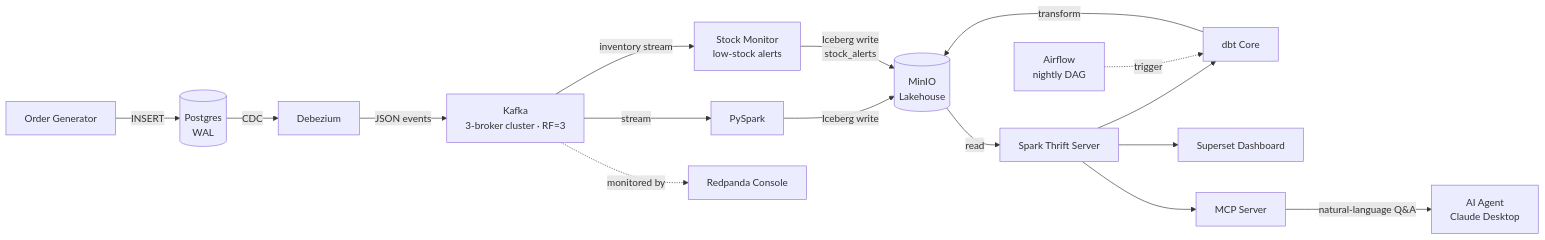
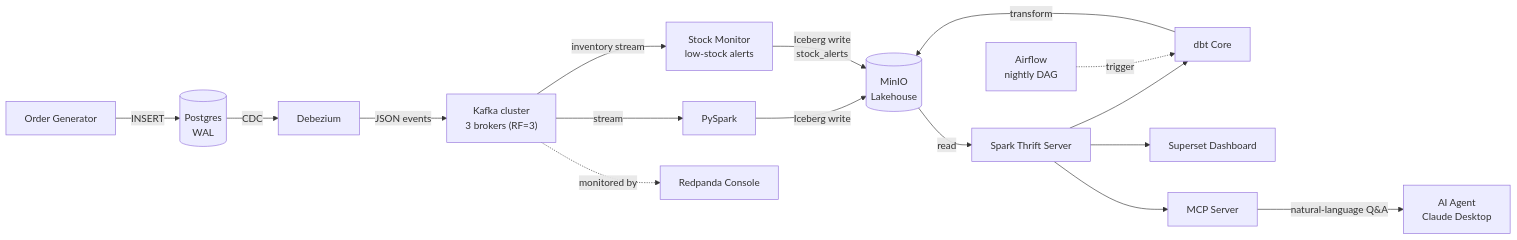
Before and after one commit to airdeniz/ecommerce-lakehouse: the first of 2 diagrams in README.md, drawn with Mermaid.

Commit message:
docs(readme): clearer Kafka cluster label in high-level diagram

````diff
--- a/README.md
+++ b/README.md
@@ -23,19 +23,19 @@
 ```mermaid
 flowchart LR
     GEN[Order Generator] -->|INSERT| PG[(Postgres<br/>WAL)]
     PG -->|CDC| DBZ[Debezium]
-    DBZ -->|JSON events| KAFKA[Kafka<br/>3-broker cluster · RF=3]
+    DBZ -->|JSON events| KAFKA["Kafka cluster<br/>3 brokers (RF=3)"]
     KAFKA -->|stream| SPARK[PySpark]
     KAFKA -->|inventory stream| STOCK[Stock Monitor<br/>low-stock alerts]
     SPARK -->|Iceberg write| MINIO[(MinIO<br/>Lakehouse)]
     STOCK -->|Iceberg write<br/>stock_alerts| MINIO
     MINIO -->|read| THRIFT[Spark Thrift Server]
     THRIFT --> DBT[dbt Core]
     DBT -->|transform| MINIO
     AIRFLOW[Airflow<br/>nightly DAG] -.->|trigger| DBT
     THRIFT --> SUPERSET[Superset Dashboard]
     THRIFT --> MCP[MCP Server]
     MCP -->|natural-language Q&A| AGENT[AI Agent<br/>Claude Desktop]
     CONSOLE[Redpanda Console]
     KAFKA -.->|monitored by| CONSOLE
 ```
````
